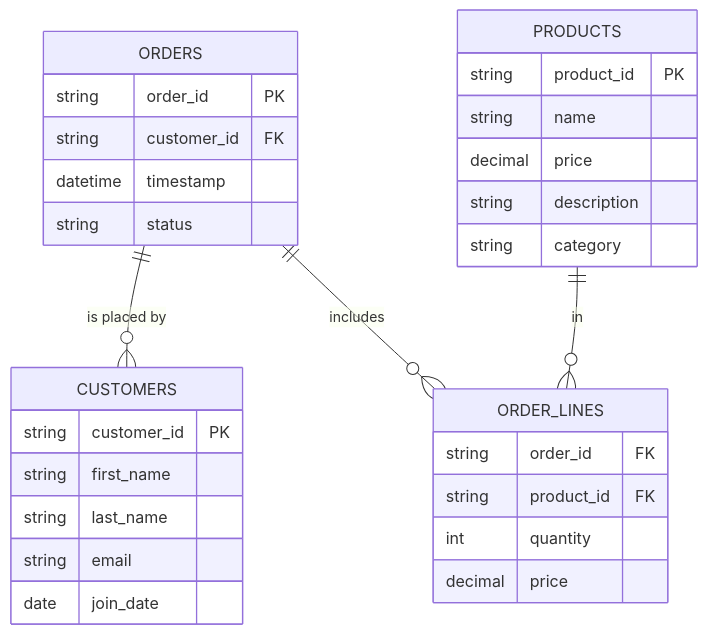
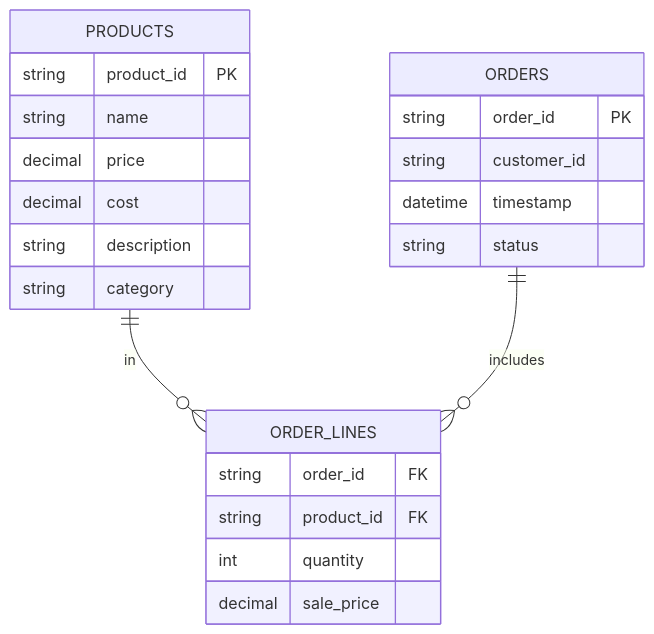
The first of 2 diagrams in README.md (starlake-ai/StarBake), drawn with Mermaid before and after one commit. The commit also changed other lines of this file, not shown here.

Commit message:
Update the mermaid diagrams

````diff
--- a/README.md
+++ b/README.md
@@ -43,37 +36,29 @@
 ```mermaid
 erDiagram
-    ORDERS ||--o{ CUSTOMERS : "is placed by"
     PRODUCTS ||--o{ ORDER_LINES : "in"
     ORDERS ||--o{ ORDER_LINES : "includes"
 
-    CUSTOMERS {
-        string customer_id PK
-        string first_name
-        string last_name
-        string email
-        date join_date
-    }
-
     ORDERS {
         string order_id PK
-        string customer_id FK
+        string customer_id 
         datetime timestamp
         string status
     }
 
     ORDER_LINES {
         string order_id FK
         string product_id FK
         int quantity
-        decimal price
+        decimal sale_price
     }
 
     PRODUCTS {
         string product_id PK
         string name
         decimal price
+        decimal cost
         string description
         string category
     }
 
 ```
````
